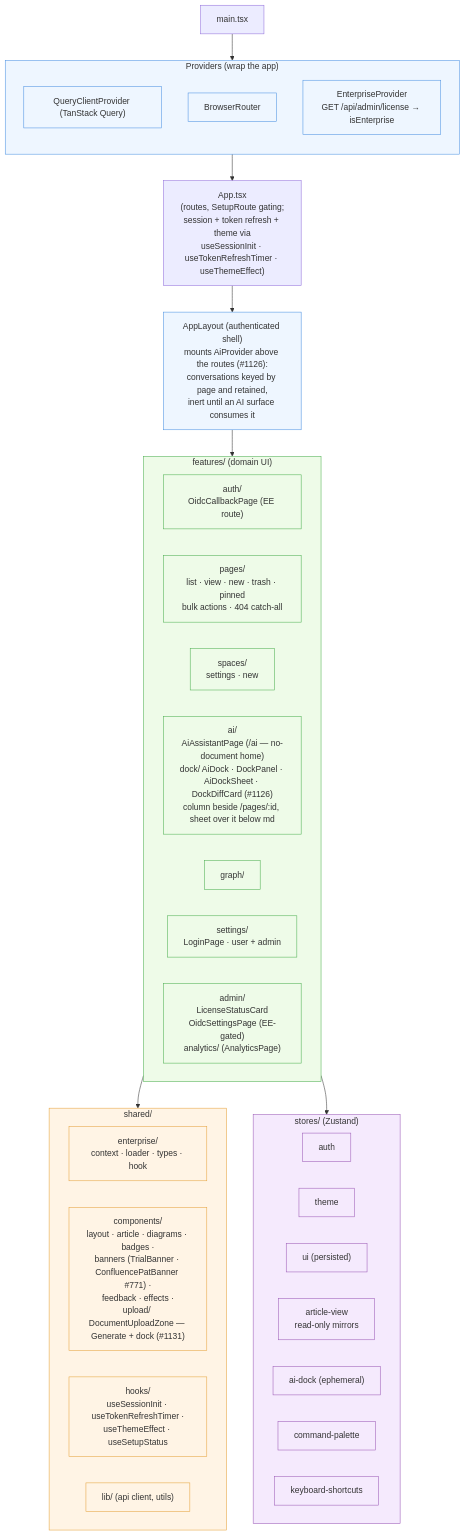
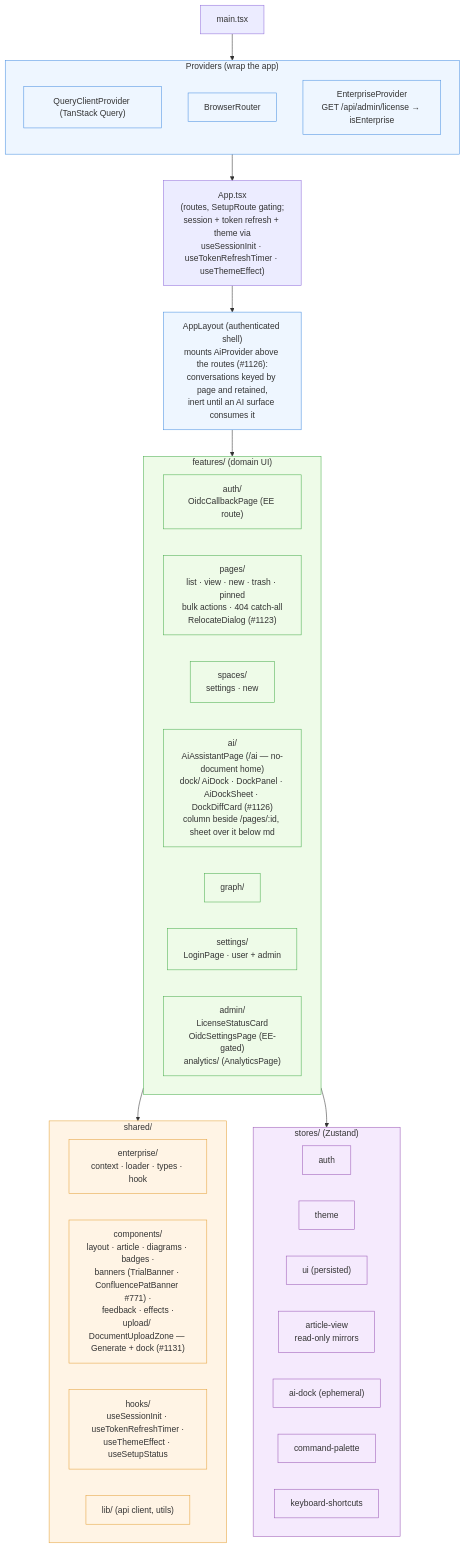
Before and after one commit to Compendiq/compendiq-ce: the first of 4 diagrams in docs/architecture/04-frontend-structure.md, drawn with Mermaid. The commit also changed other lines of this file and 6 other files, not shown here.

````diff
--- a/docs/architecture/04-frontend-structure.md
+++ b/docs/architecture/04-frontend-structure.md
@@ -8,59 +8,59 @@
 ```mermaid
 flowchart TB
     main["main.tsx"]
 
     subgraph providers["Providers (wrap the app)"]
         direction TB
         qp["QueryClientProvider (TanStack Query)"]
         rp["BrowserRouter"]
         ep["EnterpriseProvider<br/>GET /api/admin/license → isEnterprise"]
     end
 
     main --> providers
     providers --> app["App.tsx<br/>(routes, SetupRoute gating;<br/>session + token refresh + theme via<br/>useSessionInit · useTokenRefreshTimer · useThemeEffect)"]
 
     subgraph features["features/ (domain UI)"]
         direction LR
         fAuth["auth/<br/>OidcCallbackPage (EE route)"]
-        fPages["pages/<br/>list · view · new · trash · pinned<br/>bulk actions · 404 catch-all"]
+        fPages["pages/<br/>list · view · new · trash · pinned<br/>bulk actions · 404 catch-all<br/>RelocateDialog (#1123)"]
         fSpaces["spaces/<br/>settings · new"]
         fAI["ai/<br/>AiAssistantPage (/ai — no-document home)<br/>dock/ AiDock · DockPanel · AiDockSheet · DockDiffCard (#1126)<br/>column beside /pages/:id, sheet over it below md"]
         fGraph["graph/"]
         fSettings["settings/<br/>LoginPage · user + admin"]
         fAdmin["admin/<br/>LicenseStatusCard<br/>OidcSettingsPage (EE-gated)<br/>analytics/ (AnalyticsPage)"]
     end
 
     app --> shell["AppLayout (authenticated shell)<br/>mounts AiProvider above the routes (#1126):<br/>conversations keyed by page and retained,<br/>inert until an AI surface consumes it"]
     shell --> features
 
     subgraph shared["shared/"]
         direction LR
         sEnt["enterprise/<br/>context · loader · types · hook"]
         sComp["components/<br/>layout · article · diagrams · badges ·<br/>banners (TrialBanner · ConfluencePatBanner #771) ·<br/>feedback · effects ·<br/>upload/ DocumentUploadZone — Generate + dock (#1131)"]
         sHooks["hooks/<br/>useSessionInit · useTokenRefreshTimer ·<br/>useThemeEffect · useSetupStatus"]
         sLib["lib/ (api client, utils)"]
     end
 
     features --> shared
 
     subgraph stores["stores/ (Zustand)"]
         zAuth["auth"]
         zTheme["theme"]
         zUI["ui (persisted)"]
         zAV["article-view<br/>read-only mirrors"]
         zDock["ai-dock (ephemeral)"]
         zCmd["command-palette"]
         zKb["keyboard-shortcuts"]
     end
 
     features --> stores
 
     classDef prov fill:#eef6ff,stroke:#4a90e2
     classDef feat fill:#eefbe8,stroke:#4caf50
     classDef sh fill:#fff4e5,stroke:#e5a23c
     classDef st fill:#f5eafd,stroke:#9b59b6
     class providers,qp,rp,ep,shell prov
     class features,fAuth,fPages,fSpaces,fAI,fGraph,fSettings,fAdmin feat
     class shared,sEnt,sComp,sHooks,sLib sh
     class stores,zAuth,zTheme,zUI,zAV,zDock,zCmd,zKb st
 ```
````
